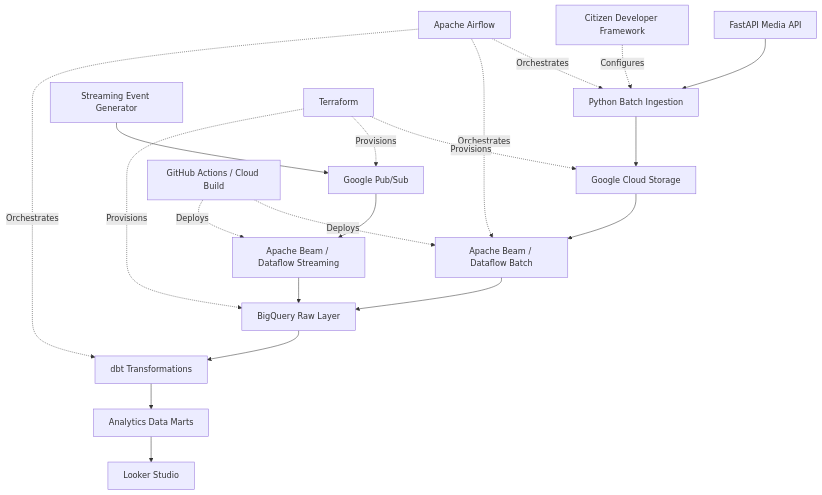
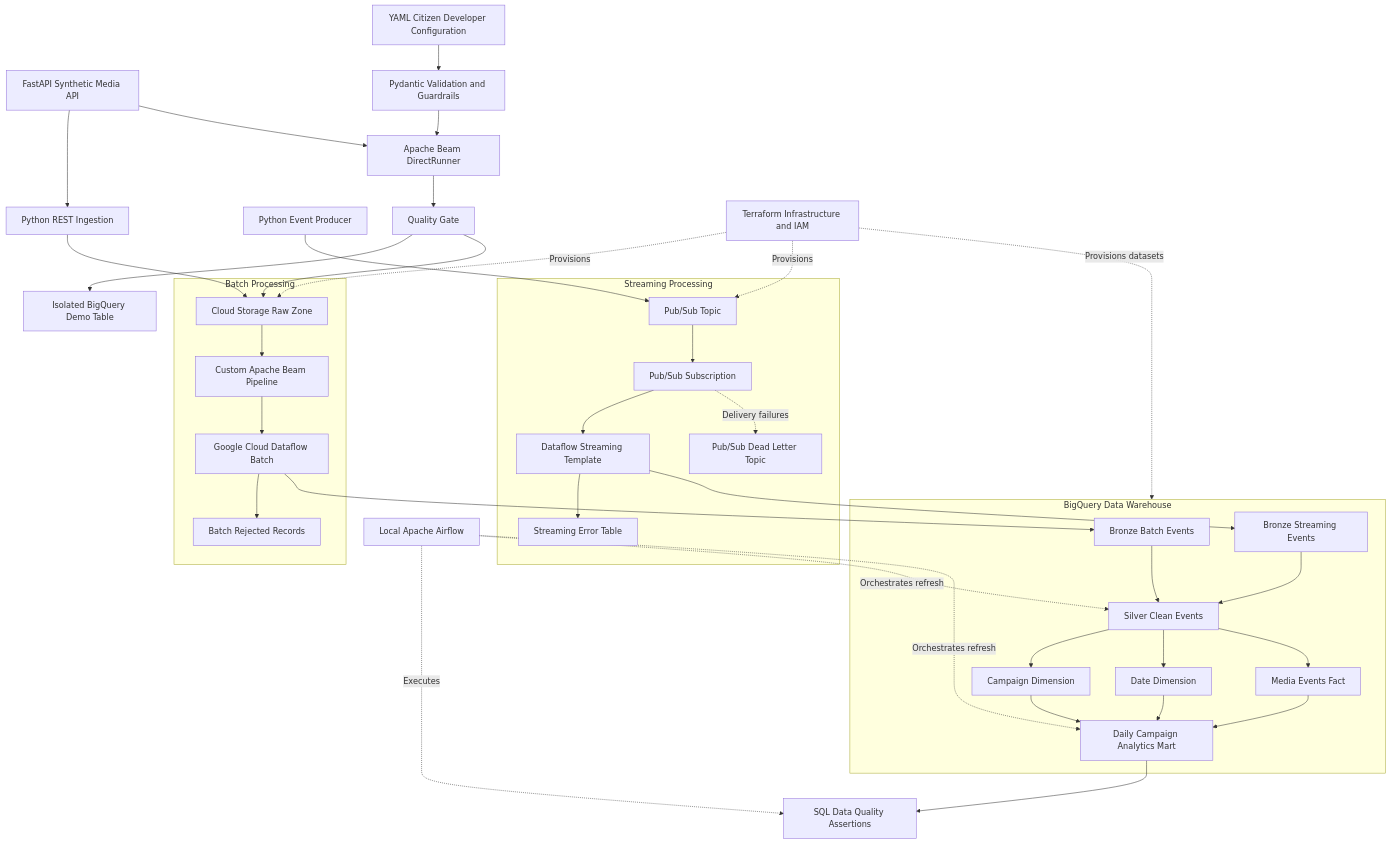
The first of 4 diagrams in README.md (Wiktor-Kaczorowski/gcp-media-data-platform), drawn with Mermaid before and after one commit. The commit also changed other lines of this file and 8 other files, not shown here.

Commit message:
docs: finalize architecture, engineering decisions and execution evidence

````diff
--- a/README.md
+++ b/README.md
@@ -54,22 +64,77 @@
 ```mermaid
-flowchart TD
-    API[FastAPI Media API] --> ING[Python Batch Ingestion]
-    ING --> GCS[Google Cloud Storage]
-    GCS --> BATCH[Apache Beam / Dataflow Batch]
-    GEN[Streaming Event Generator] --> PS[Google Pub/Sub]
-    PS --> STREAM[Apache Beam / Dataflow Streaming]
-    BATCH --> BQ[BigQuery Raw Layer]
-    STREAM --> BQ
-    BQ --> DBT[dbt Transformations]
-    DBT --> MART[Analytics Data Marts]
-    MART --> BI[Looker Studio]
-    AIR[Apache Airflow] -. Orchestrates .-> ING
-    AIR -. Orchestrates .-> BATCH
-    AIR -. Orchestrates .-> DBT
-    TF[Terraform] -. Provisions .-> GCS
+flowchart TB
+    API[FastAPI Synthetic Media API]
+    ING[Python REST Ingestion]
+    PROD[Python Event Producer]
+
+    subgraph BATCH[Batch Processing]
+        GCS[Cloud Storage Raw Zone]
+        BEAM[Custom Apache Beam Pipeline]
+        DF[Google Cloud Dataflow Batch]
+        REJ[Batch Rejected Records]
+
+        GCS --> BEAM --> DF
+        DF --> REJ
+    end
+
+    subgraph STREAM[Streaming Processing]
+        PS[Pub/Sub Topic]
+        SUB[Pub/Sub Subscription]
+        ST[Dataflow Streaming Template]
+        DLQ[Pub/Sub Dead Letter Topic]
+        ERR[Streaming Error Table]
+
+        PS --> SUB --> ST
+        SUB -. Delivery failures .-> DLQ
+        ST --> ERR
+    end
+
+    API --> ING --> GCS
+    PROD --> PS
+
+    subgraph BQ[BigQuery Data Warehouse]
+        BR1[Bronze Batch Events]
+        BR2[Bronze Streaming Events]
+        SIL[Silver Clean Events]
+        DIM1[Campaign Dimension]
+        DIM2[Date Dimension]
+        FACT[Media Events Fact]
+        MART[Daily Campaign Analytics Mart]
+
+        BR1 --> SIL
+        BR2 --> SIL
+        SIL --> DIM1
+        SIL --> DIM2
+        SIL --> FACT
+        DIM1 --> MART
+        DIM2 --> MART
+        FACT --> MART
+    end
+
+    DF --> BR1
+    ST --> BR2
+
+    AF[Local Apache Airflow]
+    DQ[SQL Data Quality Assertions]
+
+    AF -. Orchestrates refresh .-> SIL
+    AF -. Orchestrates refresh .-> MART
+    AF -. Executes .-> DQ
+    MART --> DQ
+
+    CD[YAML Citizen Developer Configuration]
+    VAL[Pydantic Validation and Guardrails]
+    DR[Apache Beam DirectRunner]
+    GATE[Quality Gate]
+    DEMO[Isolated BigQuery Demo Table]
+
+    CD --> VAL --> DR --> GATE
+    API --> DR
+    GATE --> DEMO
+    GATE --> GCS
+
+    TF[Terraform Infrastructure and IAM]
+    TF -. Provisions .-> GCS
     TF -. Provisions .-> PS
-    TF -. Provisions .-> BQ
-    CI[GitHub Actions / Cloud Build] -. Deploys .-> BATCH
-    CI -. Deploys .-> STREAM
-    CDF[Citizen Developer Framework] -. Configures .-> ING
+    TF -. Provisions datasets .-> BQ
 ```
````
